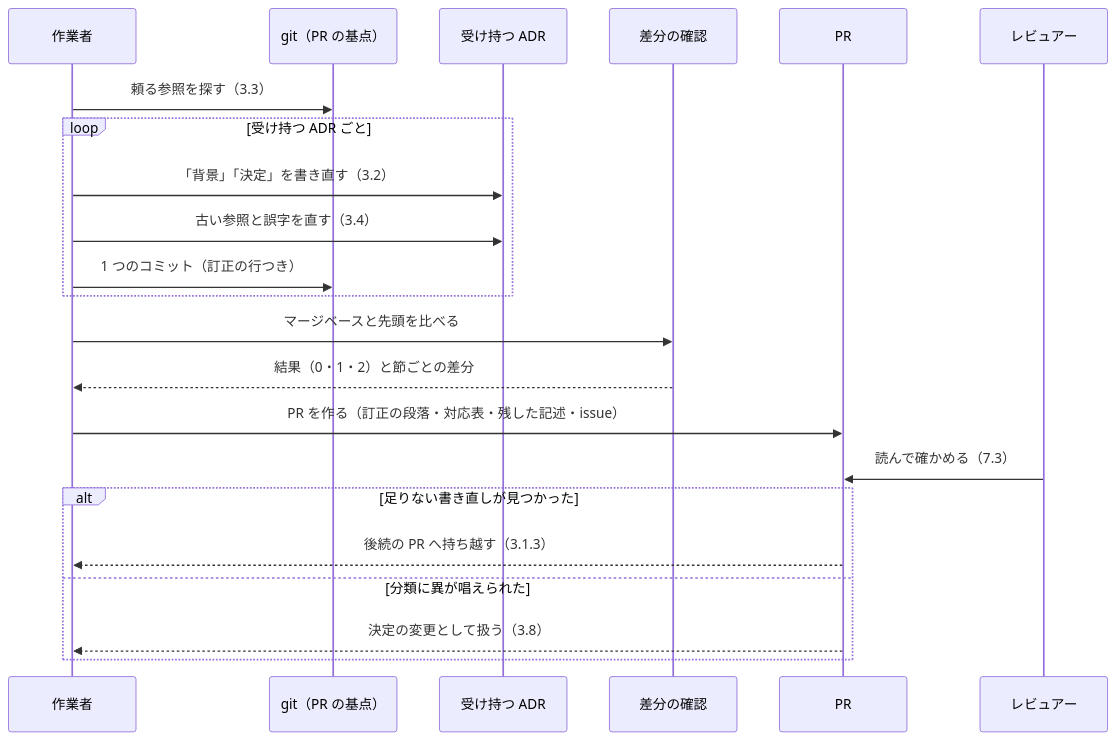
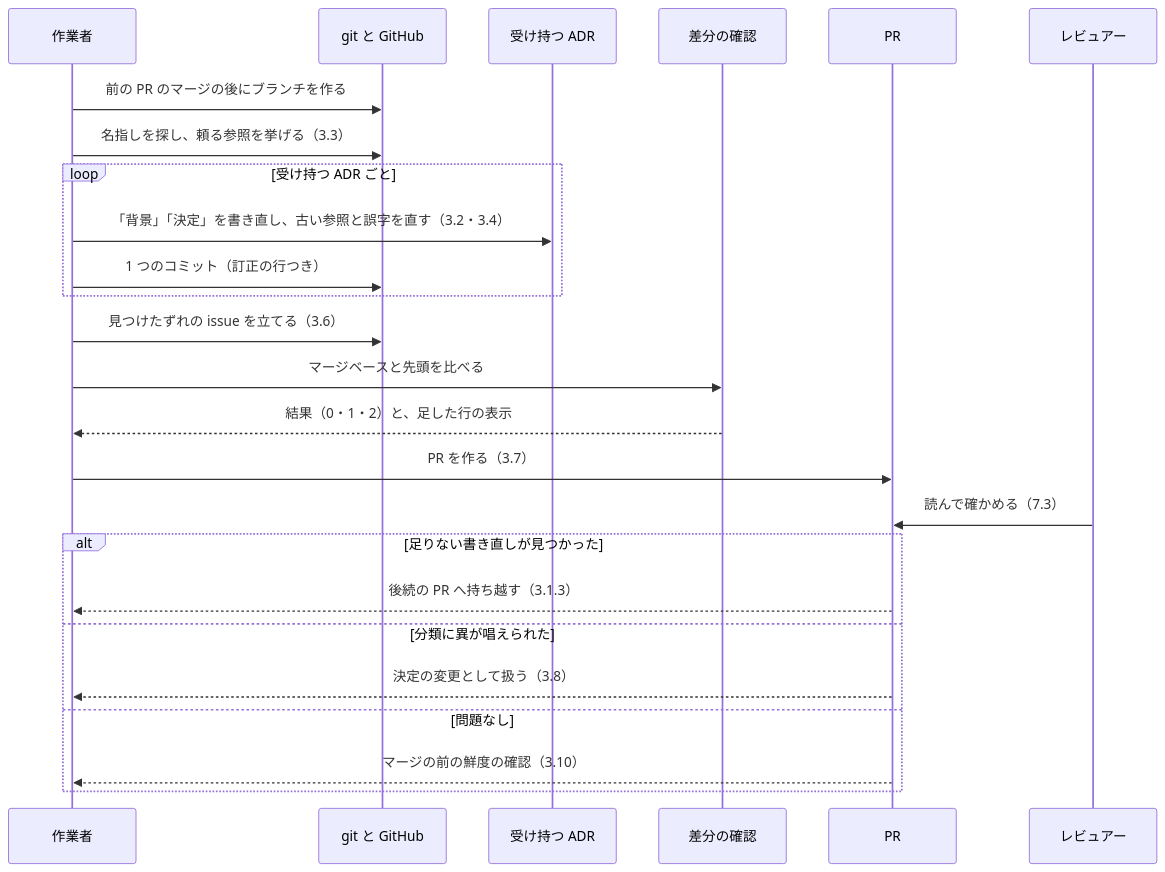
One commit to isseis/yt2column changed the third of 5 diagrams in docs/tasks/0073_adr_context_decision_review/02_architecture.md. Above: the diagram before and after it, drawn with Mermaid. The commit also changed other lines of this file, not shown here.

First line of the commit message:
docs(0073): address review findings on the architecture

````diff
--- a/docs/tasks/0073_adr_context_decision_review/02_architecture.md
+++ b/docs/tasks/0073_adr_context_decision_review/02_architecture.md
@@ -189,25 +202,28 @@
 ```mermaid
 sequenceDiagram
     participant W as 作業者
-    participant G as git（PR の基点）
+    participant G as git と GitHub
     participant A as 受け持つ ADR
     participant C as 差分の確認
     participant P as PR
     participant R as レビュアー
 
-    W->>G: 頼る参照を探す（3.3）
+    W->>G: 前の PR のマージの後にブランチを作る
+    W->>G: 名指しを探し、頼る参照を挙げる（3.3）
     loop 受け持つ ADR ごと
-        W->>A: 「背景」「決定」を書き直す（3.2）
-        W->>A: 古い参照と誤字を直す（3.4）
+        W->>A: 「背景」「決定」を書き直し、古い参照と誤字を直す（3.2・3.4）
         W->>G: 1 つのコミット（訂正の行つき）
     end
+    W->>G: 見つけたずれの issue を立てる（3.6）
     W->>C: マージベースと先頭を比べる
-    C-->>W: 結果（0・1・2）と節ごとの差分
-    W->>P: PR を作る（訂正の段落・対応表・残した記述・issue）
+    C-->>W: 結果（0・1・2）と、足した行の表示
+    W->>P: PR を作る（3.7）
     R->>P: 読んで確かめる（7.3）
     alt 足りない書き直しが見つかった
         P-->>W: 後続の PR へ持ち越す（3.1.3）
     else 分類に異が唱えられた
         P-->>W: 決定の変更として扱う（3.8）
+    else 問題なし
+        P-->>W: マージの前の鮮度の確認（3.10）
     end
 ```
````
